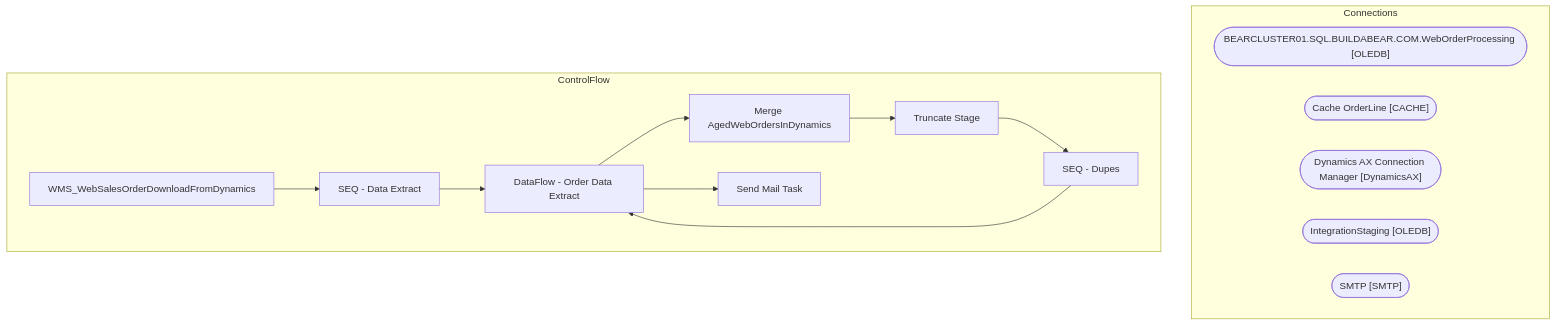
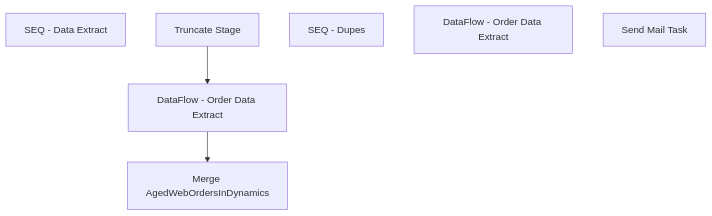
The diagram in bab-docs-explorer/Documentation/STL-SSIS-P-01/SSIS/WMS/WMS_WebSalesOrderDownloadFromDynamics.WMS_WebSalesOrderDownloadFromDynamics.md (juanandresbrain/BABSkills), drawn with Mermaid before and after one commit. The commit also changed other lines of this file and 273 other files, not shown here.

````diff
--- a/bab-docs-explorer/Documentation/STL-SSIS-P-01/SSIS/WMS/WMS_WebSalesOrderDownloadFromDynamics.WMS_WebSalesOrderDownloadFromDynamics.md
+++ b/bab-docs-explorer/Documentation/STL-SSIS-P-01/SSIS/WMS/WMS_WebSalesOrderDownloadFromDynamics.WMS_WebSalesOrderDownloadFromDynamics.md
@@ -9,27 +44,12 @@
 ```mermaid
 flowchart TD
-    subgraph Connections
-        BEARCLUSTER01_SQL_BUILDABEAR_COM_WebOrderProcessing_conn(["BEARCLUSTER01.SQL.BUILDABEAR.COM.WebOrderProcessing [OLEDB]"])
-        Cache_OrderLine_conn(["Cache OrderLine [CACHE]"])
-        Dynamics_AX_Connection_Manager_conn(["Dynamics AX Connection Manager [DynamicsAX]"])
-        IntegrationStaging_conn(["IntegrationStaging [OLEDB]"])
-        SMTP_conn(["SMTP [SMTP]"])
-    end
-    subgraph ControlFlow
-        WMS_WebSalesOrderDownloadFromDynamics_task["WMS_WebSalesOrderDownloadFromDynamics"]
-        SEQ___Data_Extract_task["SEQ - Data Extract"]
-        WMS_WebSalesOrderDownloadFromDynamics_task --> SEQ___Data_Extract_task
-        DataFlow___Order_Data_Extract_task["DataFlow - Order Data Extract"]
-        SEQ___Data_Extract_task --> DataFlow___Order_Data_Extract_task
-        Merge_AgedWebOrdersInDynamics_task["Merge AgedWebOrdersInDynamics"]
-        DataFlow___Order_Data_Extract_task --> Merge_AgedWebOrdersInDynamics_task
-        Truncate_Stage_task["Truncate Stage"]
-        Merge_AgedWebOrdersInDynamics_task --> Truncate_Stage_task
-        SEQ___Dupes_task["SEQ - Dupes"]
-        Truncate_Stage_task --> SEQ___Dupes_task
-        DataFlow___Order_Data_Extract_task["DataFlow - Order Data Extract"]
-        SEQ___Dupes_task --> DataFlow___Order_Data_Extract_task
-        Send_Mail_Task_task["Send Mail Task"]
-        DataFlow___Order_Data_Extract_task --> Send_Mail_Task_task
-    end
+    n_Package_SEQ___Data_Extract["SEQ - Data Extract"]
+    n_Package_SEQ___Data_Extract_DataFlow___Order_Data_Extract["DataFlow - Order Data Extract"]
+    n_Package_SEQ___Data_Extract_Merge_AgedWebOrdersInDynamics["Merge AgedWebOrdersInDynamics"]
+    n_Package_SEQ___Data_Extract_Truncate_Stage["Truncate Stage"]
+    n_Package_SEQ___Dupes["SEQ - Dupes"]
+    n_Package_SEQ___Dupes_DataFlow___Order_Data_Extract["DataFlow - Order Data Extract"]
+    n_Package_EventHandlers_OnError__Send_Mail_Task["Send Mail Task"]
+    n_Package_SEQ___Data_Extract_Truncate_Stage --> n_Package_SEQ___Data_Extract_DataFlow___Order_Data_Extract
+    n_Package_SEQ___Data_Extract_DataFlow___Order_Data_Extract --> n_Package_SEQ___Data_Extract_Merge_AgedWebOrdersInDynamics
 ```
````
